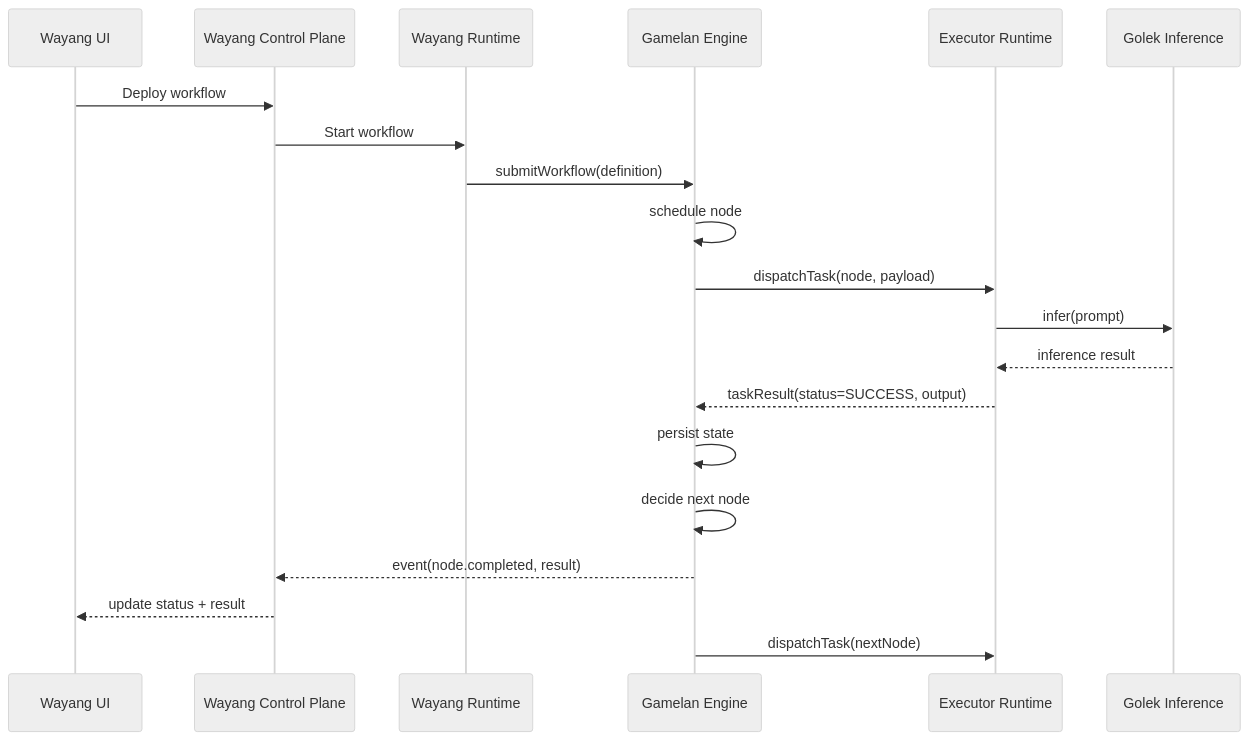
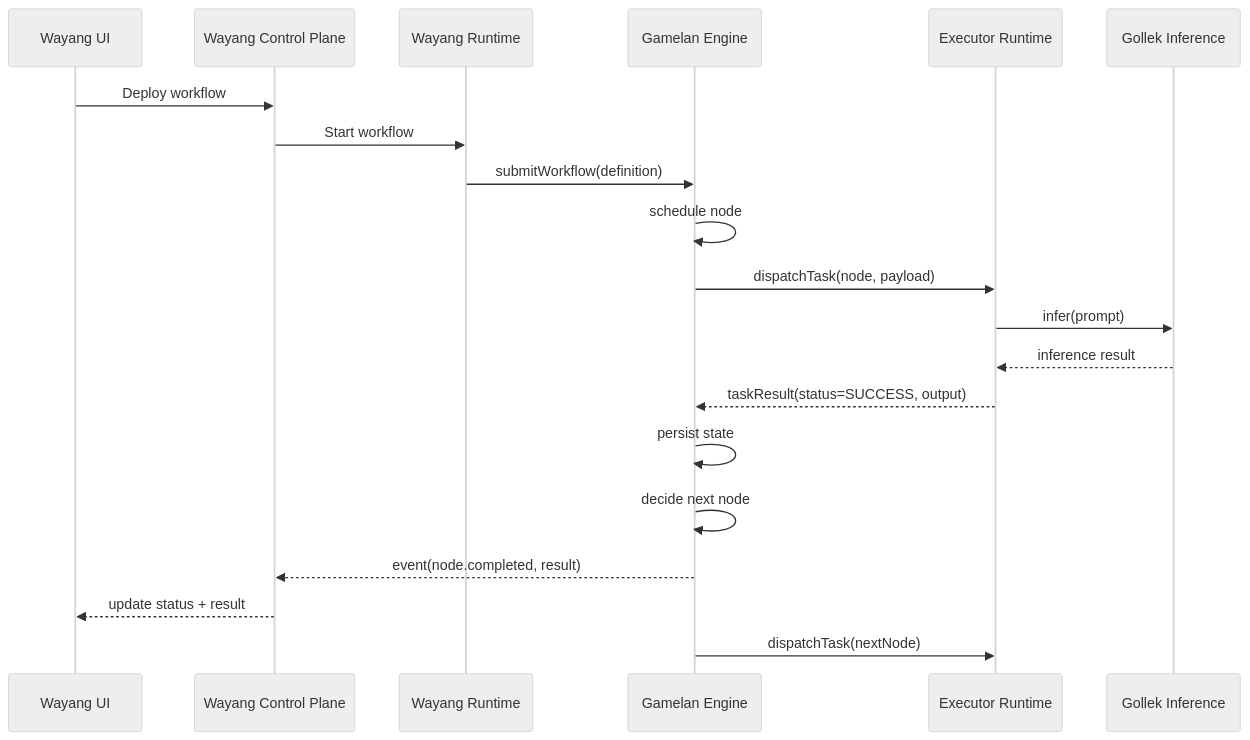
One commit to bhangun/wayang changed the third of 9 diagrams in docs/0-wayang-gamelan-golek.md. Above: the diagram before and after it, drawn with Mermaid (neutral theme). The commit also changed other lines of this file and 1898 other files, not shown here.

````diff
--- a/docs/0-wayang-gamelan-golek.md
+++ b/docs/0-wayang-gamelan-golek.md
@@ -358,29 +368,29 @@
 ```mermaid
 sequenceDiagram
     participant UI as Wayang UI
     participant CP as Wayang Control Plane
     participant RT as Wayang Runtime
     participant GE as Gamelan Engine
     participant EX as Executor Runtime
-    participant GO as Golek Inference
+    participant GO as Gollek Inference
 
     UI ->> CP: Deploy workflow
     CP ->> RT: Start workflow
     RT ->> GE: submitWorkflow(definition)
 
     GE ->> GE: schedule node
     GE ->> EX: dispatchTask(node, payload)
 
     EX ->> GO: infer(prompt)
     GO -->> EX: inference result
 
     EX -->> GE: taskResult(status=SUCCESS, output)
 
     GE ->> GE: persist state
     GE ->> GE: decide next node
 
     GE -->> CP: event(node.completed, result)
     CP -->> UI: update status + result
 
     GE ->> EX: dispatchTask(nextNode)
 ```
````
